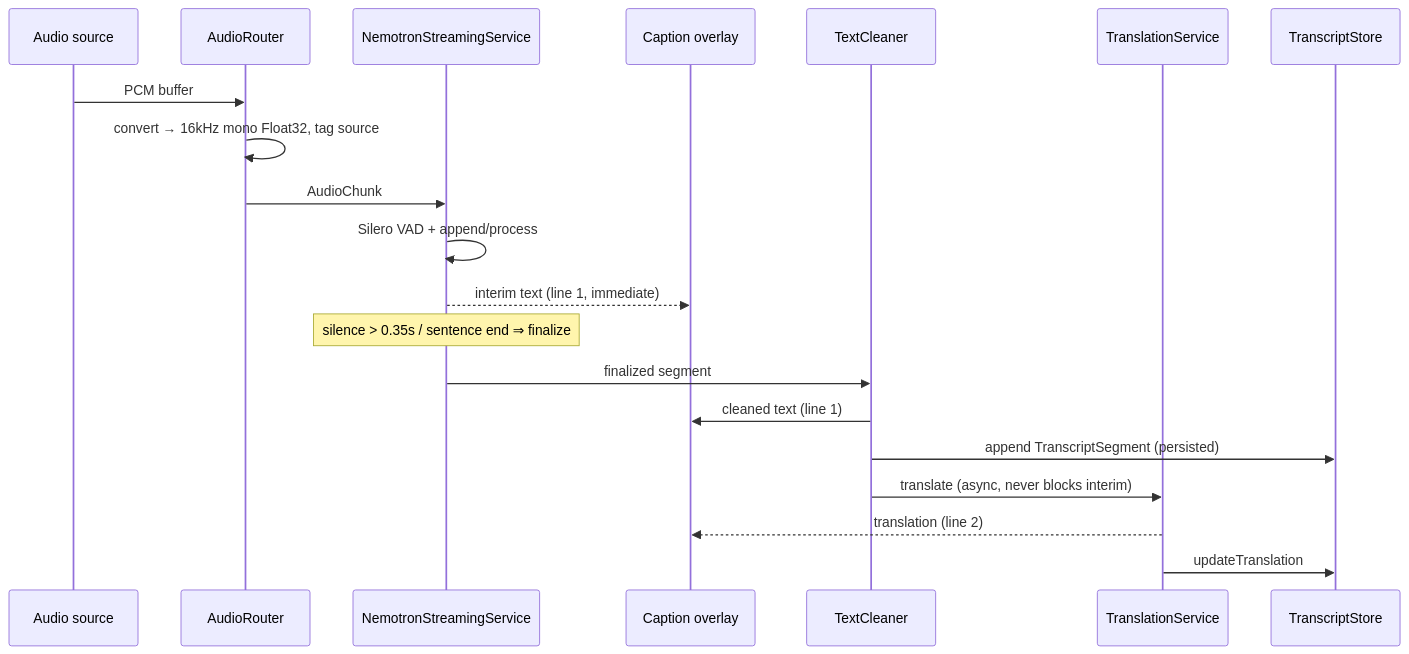
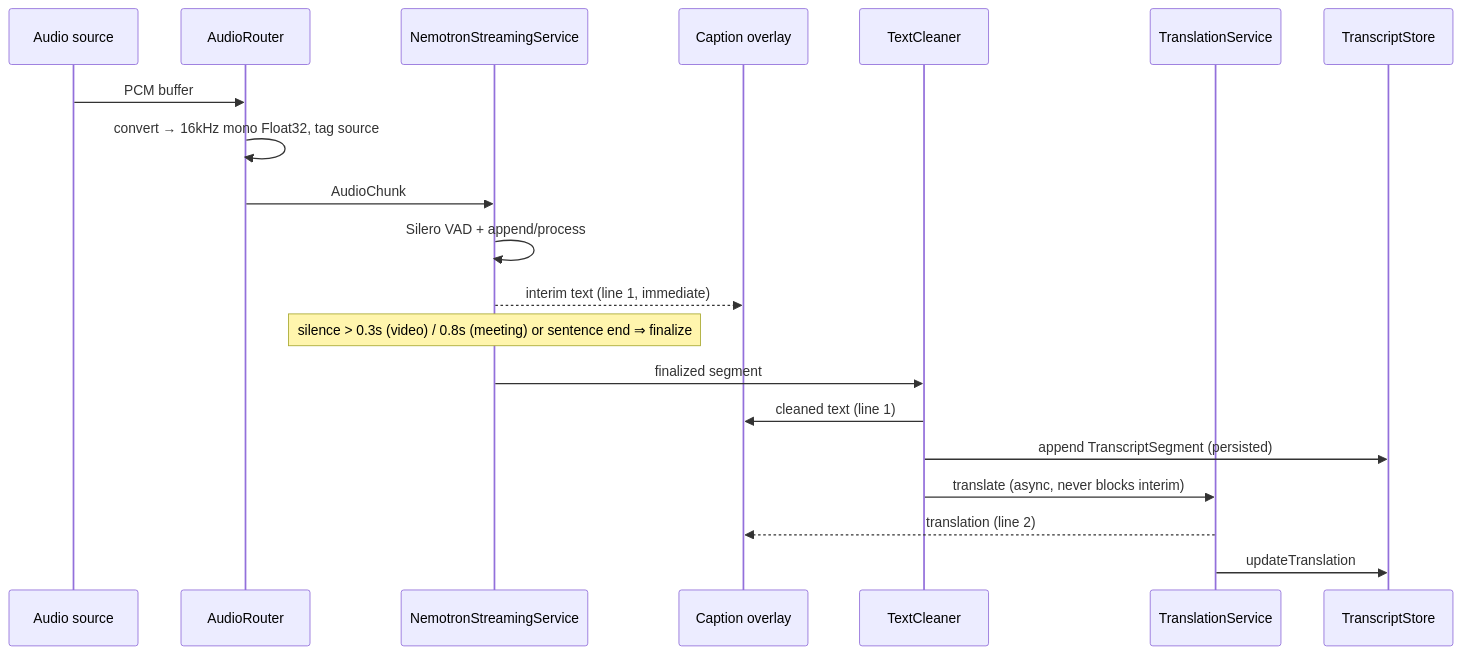
The second of 2 diagrams in README.md (huang422/EdgeAI-Flow-Translate), drawn with Mermaid before and after one commit. The commit also changed other lines of this file and 21 other files, not shown here.

First line of the commit message:
feat: add VAD live meeting/video mode, switchable translation engine

````diff
--- a/README.md
+++ b/README.md
@@ -239,23 +239,23 @@
 ```mermaid
 sequenceDiagram
     participant A as Audio source
     participant R as AudioRouter
     participant S as NemotronStreamingService
     participant O as Caption overlay
     participant C as TextCleaner
     participant T as TranslationService
     participant D as TranscriptStore
 
     A->>R: PCM buffer
     R->>R: convert → 16kHz mono Float32, tag source
     R->>S: AudioChunk
     S->>S: Silero VAD + append/process
     S-->>O: interim text (line 1, immediate)
-    Note over S: silence > 0.35s / sentence end ⇒ finalize
+    Note over S: silence > 0.3s (video) / 0.8s (meeting) or sentence end ⇒ finalize
     S->>C: finalized segment
     C->>O: cleaned text (line 1)
     C->>D: append TranscriptSegment (persisted)
     C->>T: translate (async, never blocks interim)
     T-->>O: translation (line 2)
     T->>D: updateTranslation
 ```
````
